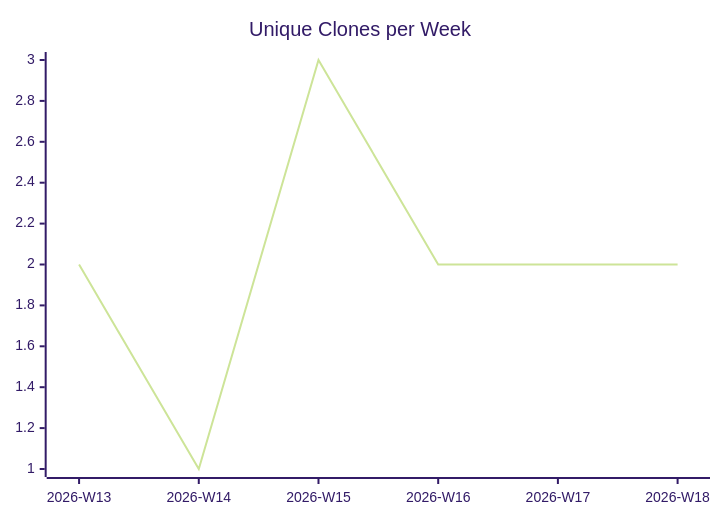
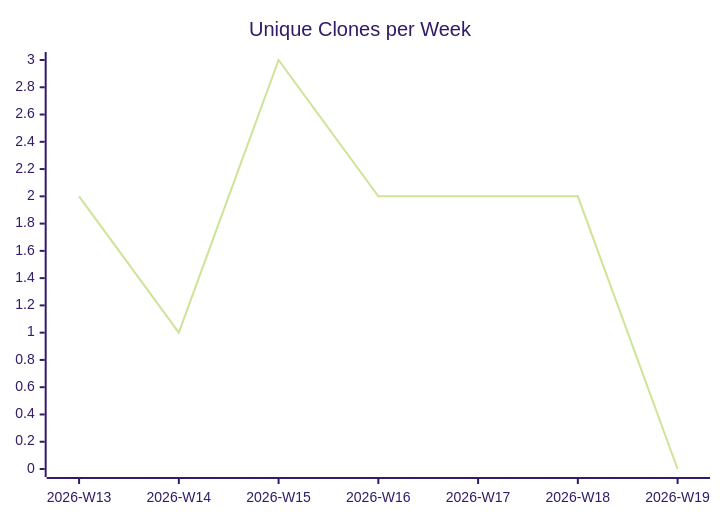
One commit to justdavis-family/github-analytics-data changed the third of 3 diagrams in karlmdavis/kobjects/README.md. Above: the diagram before and after it, drawn with Mermaid (forest theme). The commit also changed other lines of this file and 187 other files, not shown here.

````diff
--- a/karlmdavis/kobjects/README.md
+++ b/karlmdavis/kobjects/README.md
@@ -19,6 +19,6 @@
 ```mermaid
 xychart-beta
   title "Unique Clones per Week"
-  x-axis ["2026-W13", "2026-W14", "2026-W15", "2026-W16", "2026-W17", "2026-W18"]
-  line [2, 1, 3, 2, 2, 2]
+  x-axis ["2026-W13", "2026-W14", "2026-W15", "2026-W16", "2026-W17", "2026-W18", "2026-W19"]
+  line [2, 1, 3, 2, 2, 2, 0]
 ```
````
